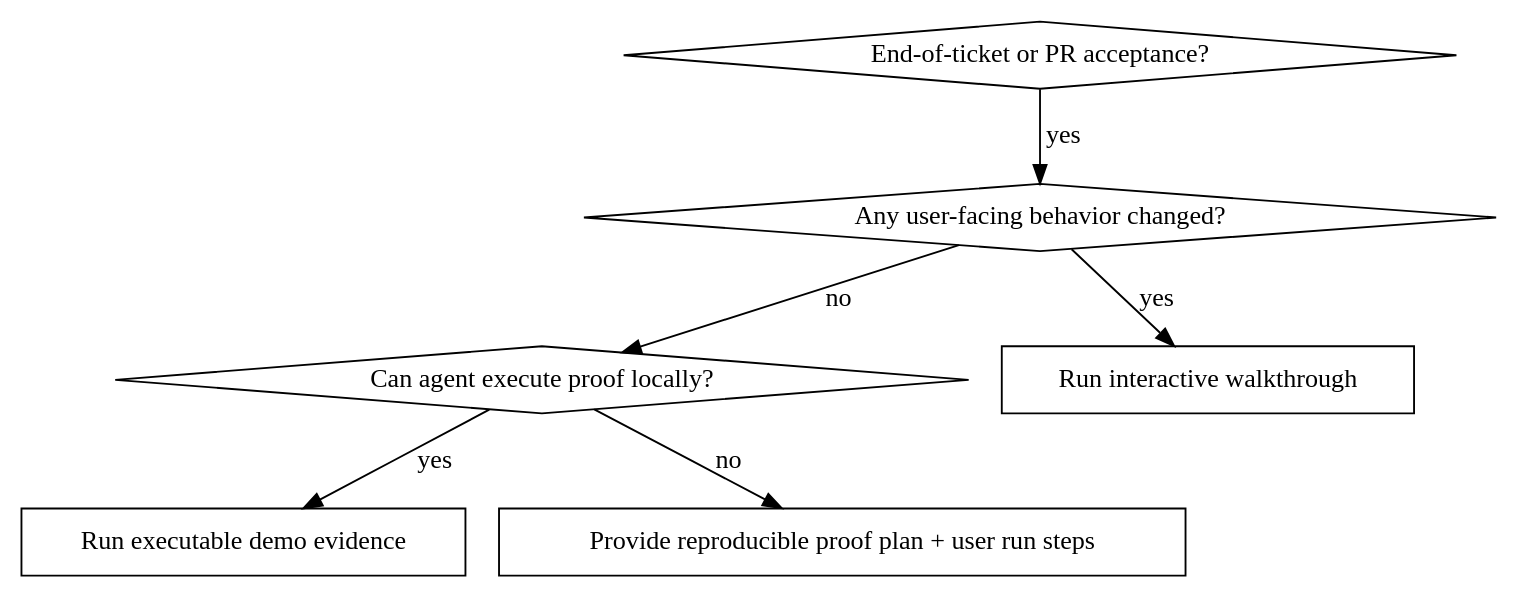
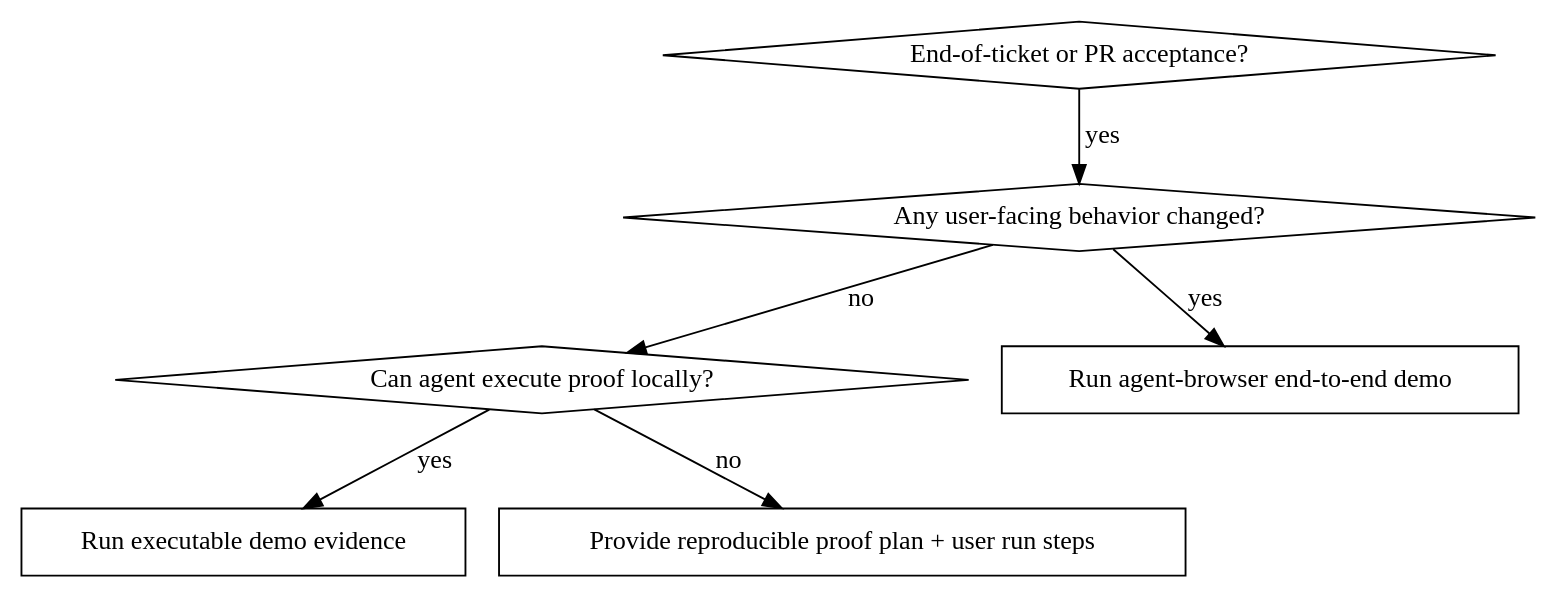
One commit to gannonh/skills changed the diagram in user-acceptance/SKILL.md. Above: the diagram before and after it, drawn with Graphviz. The commit also changed other lines of this file, not shown here.

Commit message:
feat: update user acceptance documentation to emphasize agent-browser for end-to-end demos

````diff
--- a/user-acceptance/SKILL.md
+++ b/user-acceptance/SKILL.md
@@ -24,16 +25,16 @@
 ```dot
 digraph uat_flow {
   "End-of-ticket or PR acceptance?" [shape=diamond];
   "Any user-facing behavior changed?" [shape=diamond];
   "Can agent execute proof locally?" [shape=diamond];
-  "Run interactive walkthrough" [shape=box];
+  "Run agent-browser end-to-end demo" [shape=box];
   "Run executable demo evidence" [shape=box];
   "Provide reproducible proof plan + user run steps" [shape=box];
 
   "End-of-ticket or PR acceptance?" -> "Any user-facing behavior changed?" [label="yes"];
-  "Any user-facing behavior changed?" -> "Run interactive walkthrough" [label="yes"];
+  "Any user-facing behavior changed?" -> "Run agent-browser end-to-end demo" [label="yes"];
   "Any user-facing behavior changed?" -> "Can agent execute proof locally?" [label="no"];
   "Can agent execute proof locally?" -> "Run executable demo evidence" [label="yes"];
   "Can agent execute proof locally?" -> "Provide reproducible proof plan + user run steps" [label="no"];
 }
 ```
````
